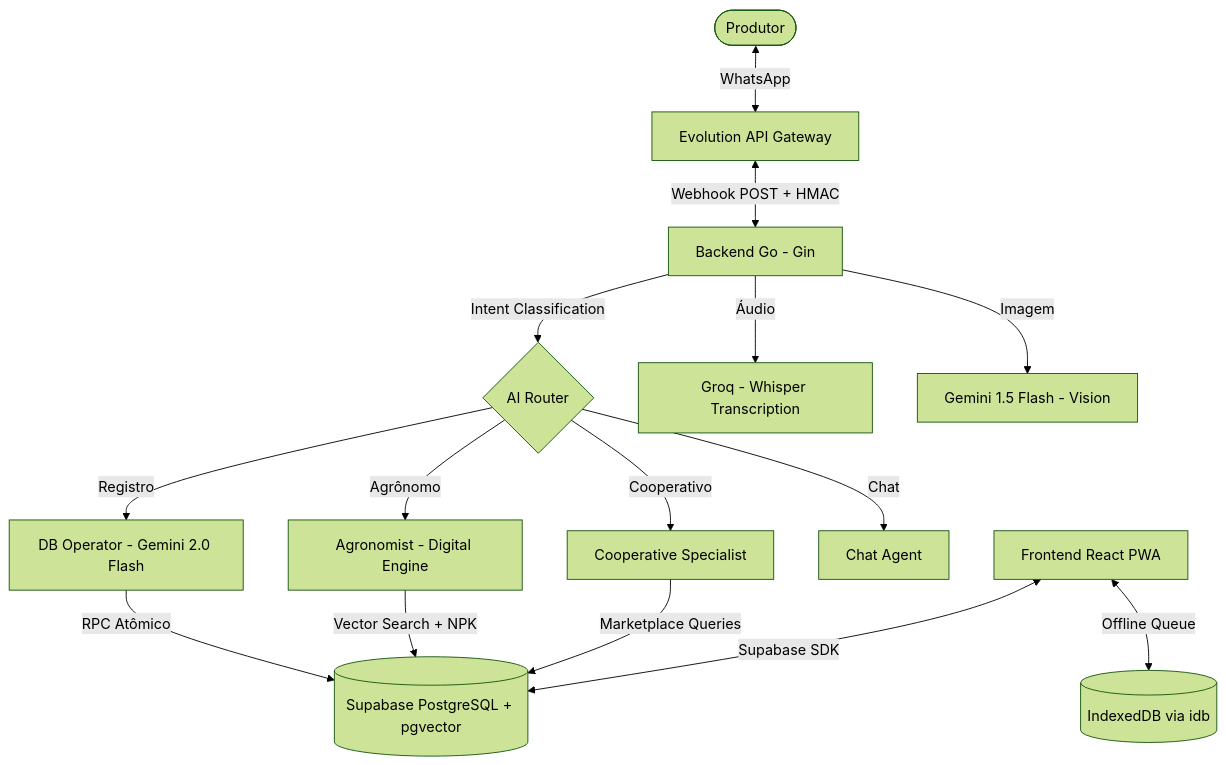
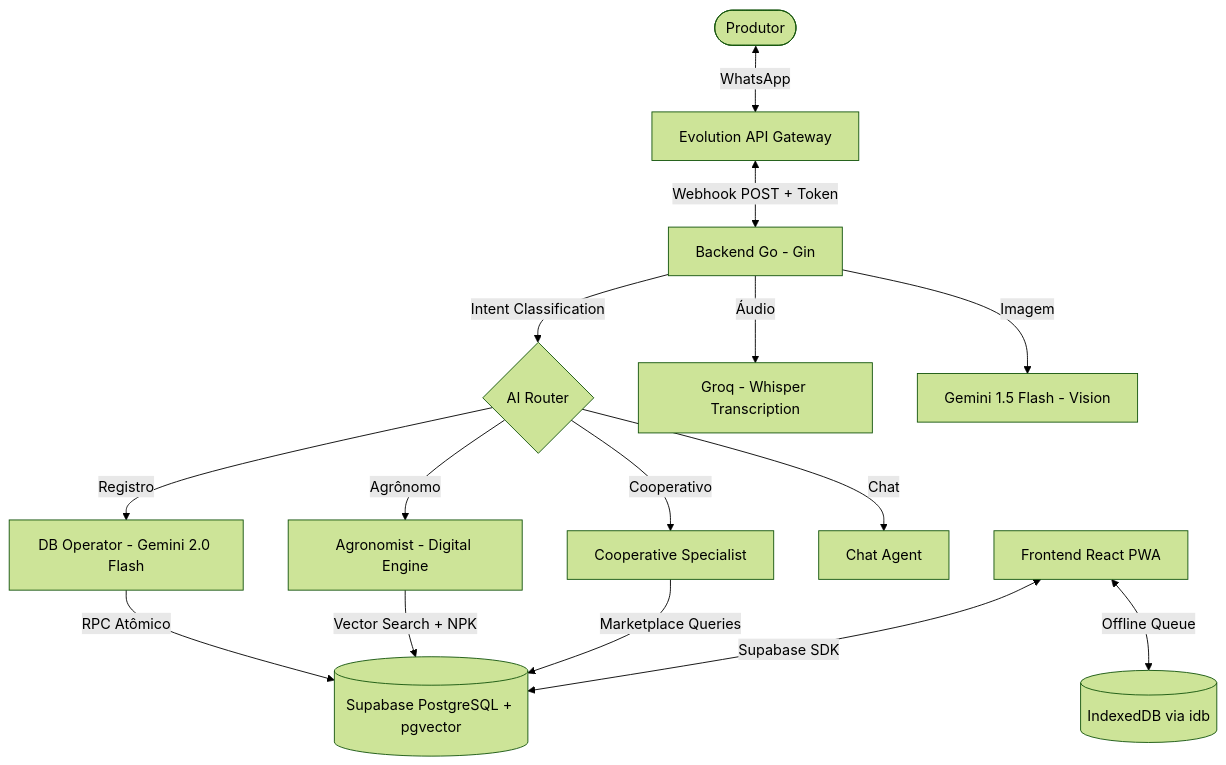
The first of 2 diagrams in README.md (thebrunm97/manejo-org), drawn with Mermaid (forest theme) before and after one commit. The commit also changed other lines of this file, not shown here.

First line of the commit message:
docs(README): corrige descricao do webhook de HMAC para token compartilhado

````diff
--- a/README.md
+++ b/README.md
@@ -41,17 +41,17 @@
 ```mermaid
 graph TD
     User([Produtor]) <-->|WhatsApp| WPP[Evolution API Gateway]
-    WPP <-->|Webhook POST + HMAC| BE[Backend Go - Gin]
+    WPP <-->|Webhook POST + Token| BE[Backend Go - Gin]
     BE -->|Intent Classification| ROUTER{AI Router}
     ROUTER -->|Registro| DB_OP[DB Operator - Gemini 2.0 Flash]
     ROUTER -->|Agrônomo| AGRO[Agronomist - Digital Engine]
     ROUTER -->|Cooperativo| COOP[Cooperative Specialist]
     ROUTER -->|Chat| CHAT[Chat Agent]
     DB_OP -->|RPC Atômico| DB[(Supabase PostgreSQL + pgvector)]
     AGRO -->|Vector Search + NPK| DB
     COOP -->|Marketplace Queries| DB
     BE -->|Áudio| GROQ[Groq - Whisper Transcription]
     BE -->|Imagem| GEMINI_V[Gemini 1.5 Flash - Vision]
     FE[Frontend React PWA] <-->|Supabase SDK| DB
     FE <-->|Offline Queue| IDB[(IndexedDB via idb)]
 ```
````
